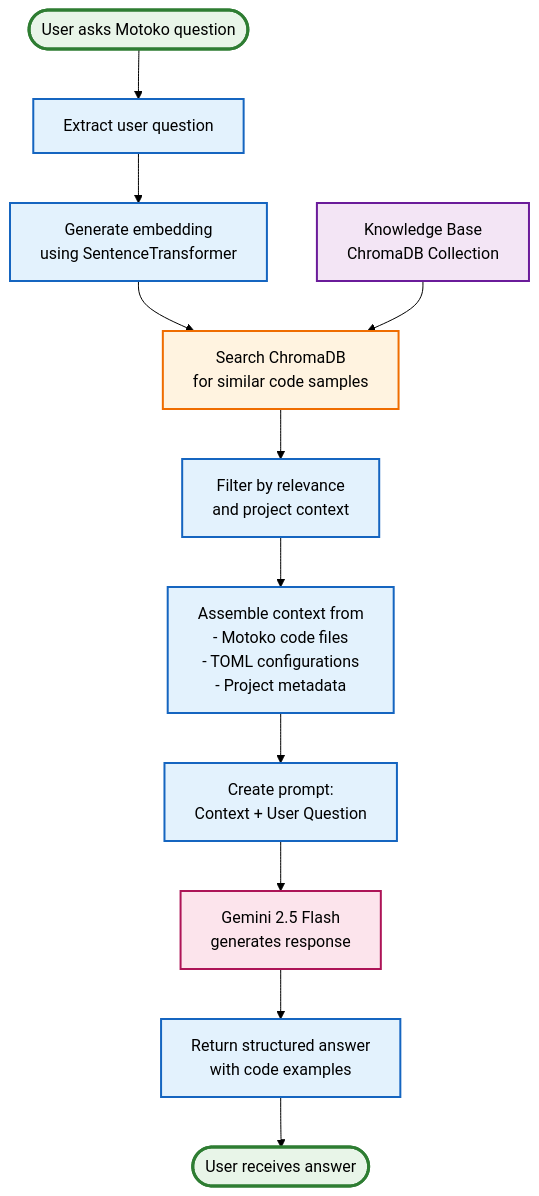
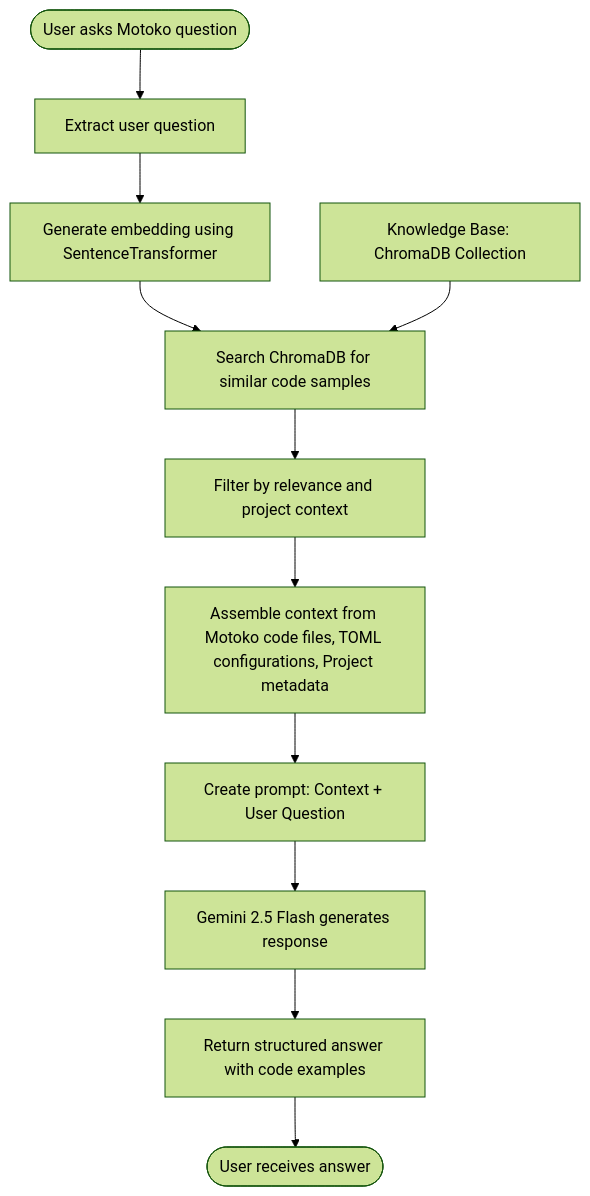
One commit to Quantum3-Labs/icp-coder changed the second of 4 diagrams in RAG_APPROACH_DIAGRAM.md. Above: the diagram before and after it, drawn with Mermaid (forest theme). The commit also changed other lines of this file and 5 other files, not shown here.

Commit message:
Refactor RAG approach diagrams for clarity and GitHub compatibility; update API authentication to require API key for context retrieval; enhance motoko_samples_ingester.py to specifically handle mops.toml files.

````diff
--- a/RAG_APPROACH_DIAGRAM.md
+++ b/RAG_APPROACH_DIAGRAM.md
@@ -48,39 +20,14 @@
 ```mermaid
 flowchart TD
-    %% Start
     Start([User asks Motoko question]) --> Query
-    
-    %% Query Processing
-    Query[Extract user question] --> Embed
-    Embed[Generate embedding<br/>using SentenceTransformer] --> Search
-    
-    %% Retrieval Phase
-    Search[Search ChromaDB<br/>for similar code samples] --> Filter
-    Filter[Filter by relevance<br/>and project context] --> Context
-    
-    %% Context Building
-    Context[Assemble context from<br/>- Motoko code files<br/>- TOML configurations<br/>- Project metadata] --> Prompt
-    
-    %% Generation Phase
-    Prompt[Create prompt:<br/>Context + User Question] --> LLM
-    LLM[Gemini 2.5 Flash<br/>generates response] --> Response
-    
-    %% Output
-    Response[Return structured answer<br/>with code examples] --> End([User receives answer])
-    
-    %% Knowledge Base
-    KB[Knowledge Base<br/>ChromaDB Collection] --> Search
-    
-    %% Styling
-    classDef startEnd fill:#e8f5e8,stroke:#2e7d32,stroke-width:3px
-    classDef process fill:#e3f2fd,stroke:#1565c0,stroke-width:2px
-    classDef retrieval fill:#fff3e0,stroke:#ef6c00,stroke-width:2px
-    classDef generation fill:#fce4ec,stroke:#ad1457,stroke-width:2px
-    classDef knowledge fill:#f3e5f5,stroke:#6a1b9a,stroke-width:2px
-    
-    class Start,End startEnd
-    class Query,Embed,Filter,Context,Prompt,Response process
-    class Search retrieval
-    class LLM generation
-    class KB knowledge
+    Query["Extract user question"] --> Embed
+    Embed["Generate embedding using SentenceTransformer"] --> Search
+    Search["Search ChromaDB for similar code samples"] --> Filter
+    Filter["Filter by relevance and project context"] --> Context
+    Context["Assemble context from Motoko code files, TOML configurations, Project metadata"] --> Prompt
+    Prompt["Create prompt: Context + User Question"] --> LLM
+    LLM["Gemini 2.5 Flash generates response"] --> Response
+    Response["Return structured answer with code examples"] --> End([User receives answer])
+    KB["Knowledge Base: ChromaDB Collection"] --> Search
+    %% Styling removed for GitHub compatibility
 ```
````
